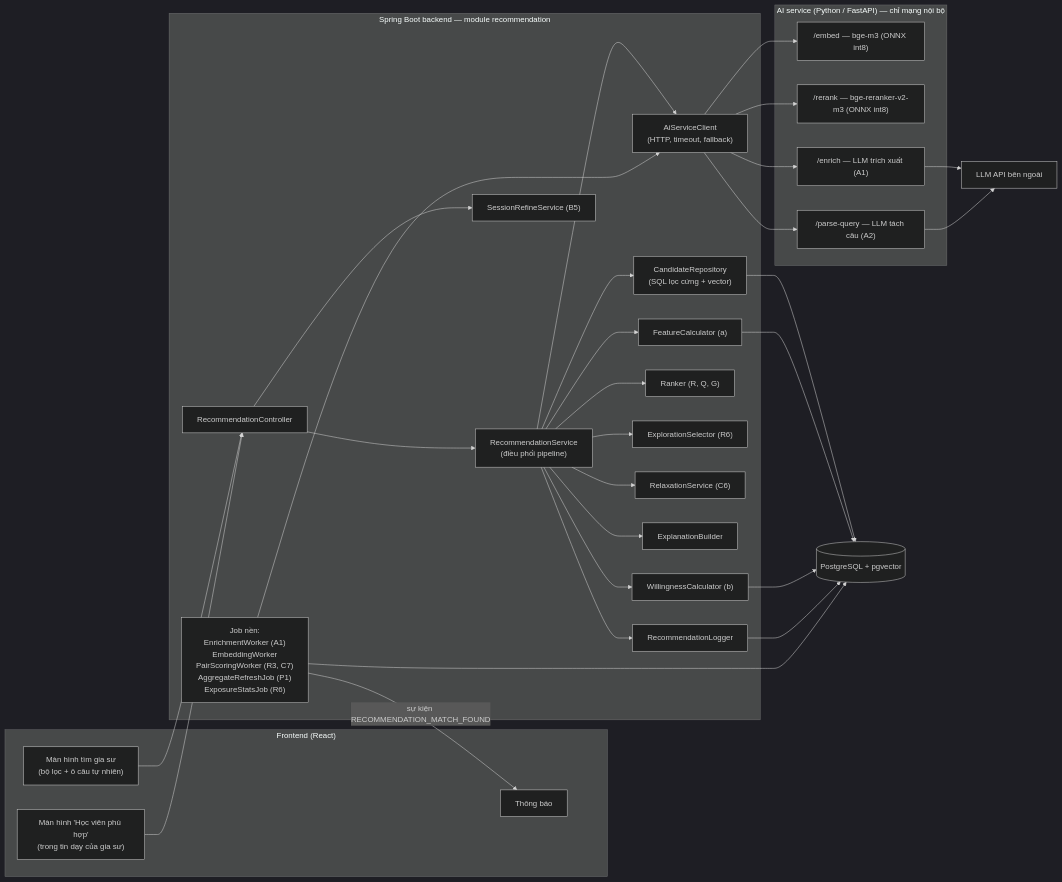
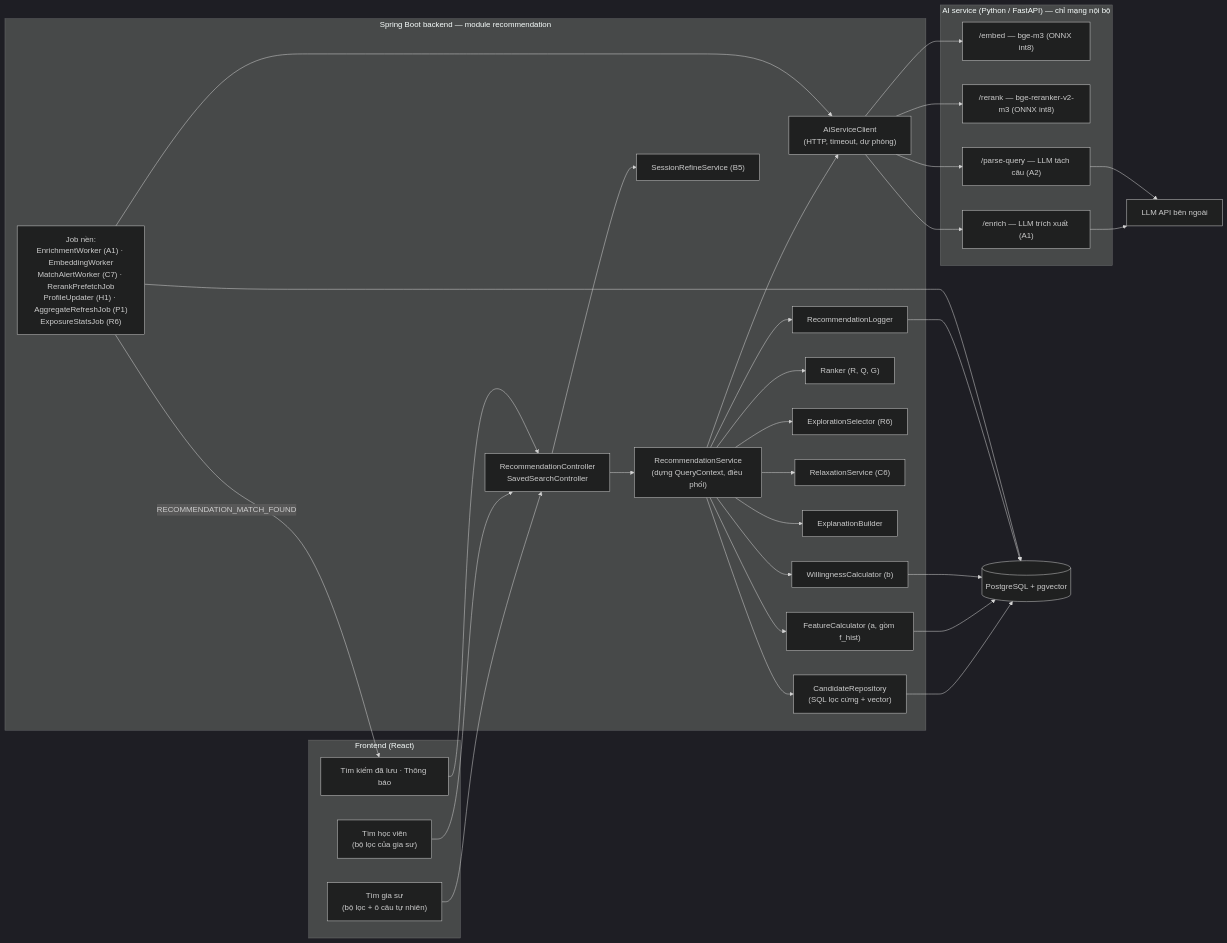
The first of 2 diagrams in docs/recommendation/02-kien-truc.md (Vankheeng/ptutor), drawn with Mermaid (dark theme) before and after one commit. The commit also changed other lines of this file and 12 other files, not shown here.

Commit message:
docs(recommendation): revise design to search-driven flow

````diff
--- a/docs/recommendation/02-kien-truc.md
+++ b/docs/recommendation/02-kien-truc.md
@@ -5,42 +5,42 @@
 ```mermaid
 flowchart LR
     subgraph FE["Frontend (React)"]
-        UI1["Màn hình tìm gia sư<br/>(bộ lọc + ô câu tự nhiên)"]
-        UI2["Màn hình 'Học viên phù hợp'<br/>(trong tin dạy của gia sư)"]
-        UI3["Thông báo"]
+        UI1["Tìm gia sư<br/>(bộ lọc + ô câu tự nhiên)"]
+        UI2["Tìm học viên<br/>(bộ lọc của gia sư)"]
+        UI3["Tìm kiếm đã lưu · Thông báo"]
     end
 
     subgraph BE["Spring Boot backend — module recommendation"]
-        API["RecommendationController"]
-        ORC["RecommendationService<br/>(điều phối pipeline)"]
+        API["RecommendationController<br/>SavedSearchController"]
+        ORC["RecommendationService<br/>(dựng QueryContext, điều phối)"]
         CAND["CandidateRepository<br/>(SQL lọc cứng + vector)"]
-        FEAT["FeatureCalculator (a)"]
+        FEAT["FeatureCalculator (a, gồm f_hist)"]
         WILL["WillingnessCalculator (b)"]
         RANK["Ranker (R, Q, G)"]
         EXP["ExplorationSelector (R6)"]
         RELAX["RelaxationService (C6)"]
         REF["SessionRefineService (B5)"]
         EXPL["ExplanationBuilder"]
         LOG["RecommendationLogger"]
-        JOBS["Job nền:<br/>EnrichmentWorker (A1)<br/>EmbeddingWorker<br/>PairScoringWorker (R3, C7)<br/>AggregateRefreshJob (P1)<br/>ExposureStatsJob (R6)"]
-        AIC["AiServiceClient<br/>(HTTP, timeout, fallback)"]
+        JOBS["Job nền:<br/>EnrichmentWorker (A1) · EmbeddingWorker<br/>MatchAlertWorker (C7) · RerankPrefetchJob<br/>ProfileUpdater (H1) · AggregateRefreshJob (P1)<br/>ExposureStatsJob (R6)"]
+        AIC["AiServiceClient<br/>(HTTP, timeout, dự phòng)"]
     end
 
     subgraph AI["AI service (Python / FastAPI) — chỉ mạng nội bộ"]
         EMB["/embed — bge-m3 (ONNX int8)"]
         RR["/rerank — bge-reranker-v2-m3 (ONNX int8)"]
         ENR["/enrich — LLM trích xuất (A1)"]
         PQ["/parse-query — LLM tách câu (A2)"]
     end
 
     DB[("PostgreSQL + pgvector")]
     LLM["LLM API bên ngoài"]
 
-    UI1 & UI2 --> API --> ORC
+    UI1 & UI2 & UI3 --> API --> ORC
     ORC --> CAND & FEAT & WILL & RANK & EXP & RELAX & EXPL & LOG
     API --> REF
     CAND & FEAT & WILL & LOG & JOBS --> DB
     ORC & JOBS --> AIC --> EMB & RR & ENR & PQ
     ENR & PQ --> LLM
-    JOBS -->|"sự kiện RECOMMENDATION_MATCH_FOUND"| UI3
+    JOBS -->|"RECOMMENDATION_MATCH_FOUND"| UI3
 ```
````
